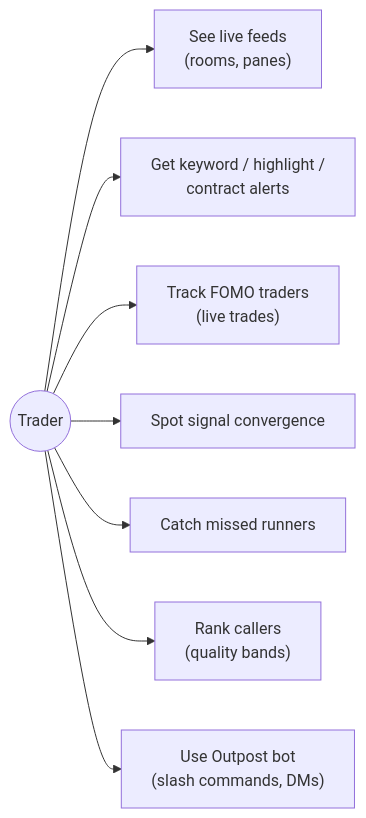
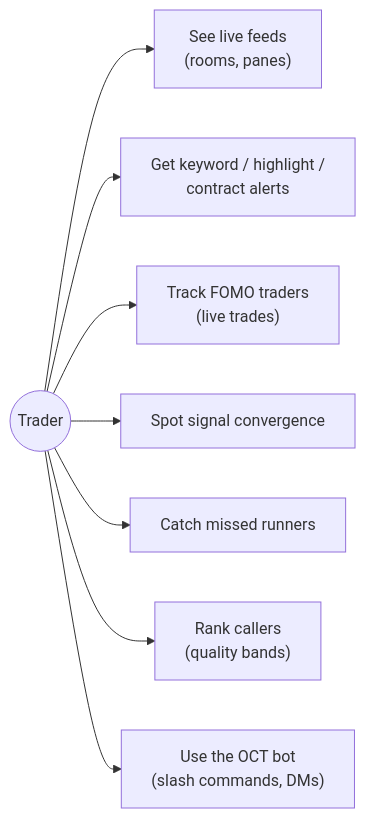
The first of 3 diagrams in docs/src/content/docs/architecture/signals.md (ArhamKhurram/Onchain-Tools), drawn with Mermaid before and after one commit. The commit also changed 28 other files, not shown here.

````diff
--- a/docs/src/content/docs/architecture/signals.md
+++ b/docs/src/content/docs/architecture/signals.md
@@ -14,19 +14,19 @@
 ```mermaid
 flowchart LR
   trader((Trader))
   uc1["See live feeds<br/>(rooms, panes)"]
   uc2["Get keyword / highlight /<br/>contract alerts"]
   uc3["Track FOMO traders<br/>(live trades)"]
   uc4["Spot signal convergence"]
   uc5["Catch missed runners"]
   uc6["Rank callers<br/>(quality bands)"]
-  uc7["Use Outpost bot<br/>(slash commands, DMs)"]
+  uc7["Use the OCT bot<br/>(slash commands, DMs)"]
 
   trader --> uc1
   trader --> uc2
   trader --> uc3
   trader --> uc4
   trader --> uc5
   trader --> uc6
   trader --> uc7
 ```
````
